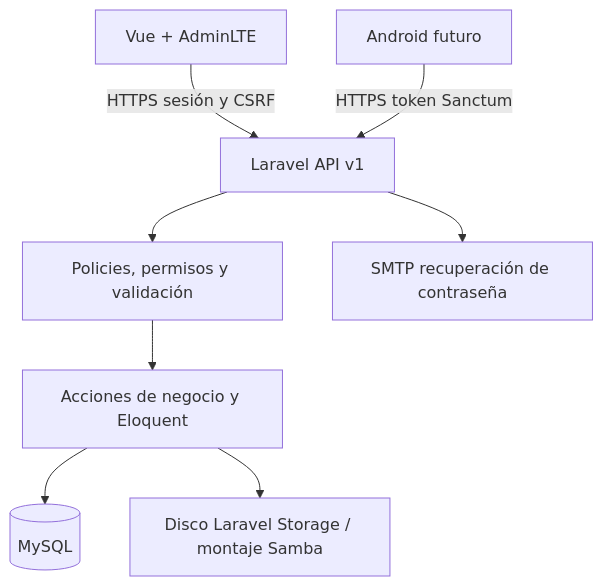
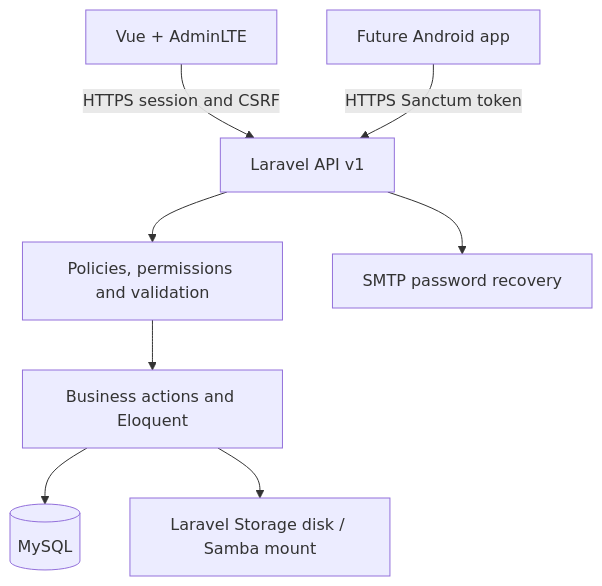
Before and after one commit to alexbonavila/ExpedFlow: the diagram in docs/ARCHITECTURE.md, drawn with Mermaid. The commit also changed other lines of this file and 9 other files, not shown here.

````diff
--- a/docs/ARCHITECTURE.md
+++ b/docs/ARCHITECTURE.md
@@ -7,10 +7,10 @@
 ```mermaid
 flowchart TD
-    W[Vue + AdminLTE] -->|HTTPS sesión y CSRF| A[Laravel API v1]
-    M[Android futuro] -->|HTTPS token Sanctum| A
-    A --> P[Policies, permisos y validación]
-    P --> D[Acciones de negocio y Eloquent]
+    W[Vue + AdminLTE] -->|HTTPS session and CSRF| A[Laravel API v1]
+    M[Future Android app] -->|HTTPS Sanctum token| A
+    A --> P[Policies, permissions and validation]
+    P --> D[Business actions and Eloquent]
     D --> B[(MySQL)]
-    D --> S[Disco Laravel Storage / montaje Samba]
-    A --> E[SMTP recuperación de contraseña]
+    D --> S[Laravel Storage disk / Samba mount]
+    A --> E[SMTP password recovery]
 ```
````
